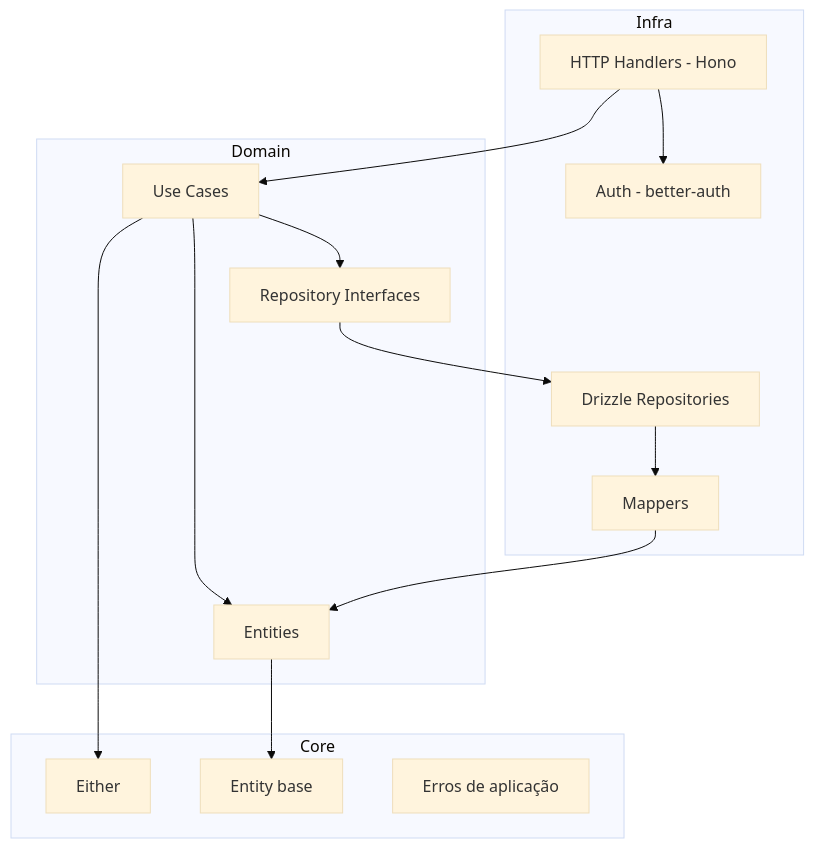
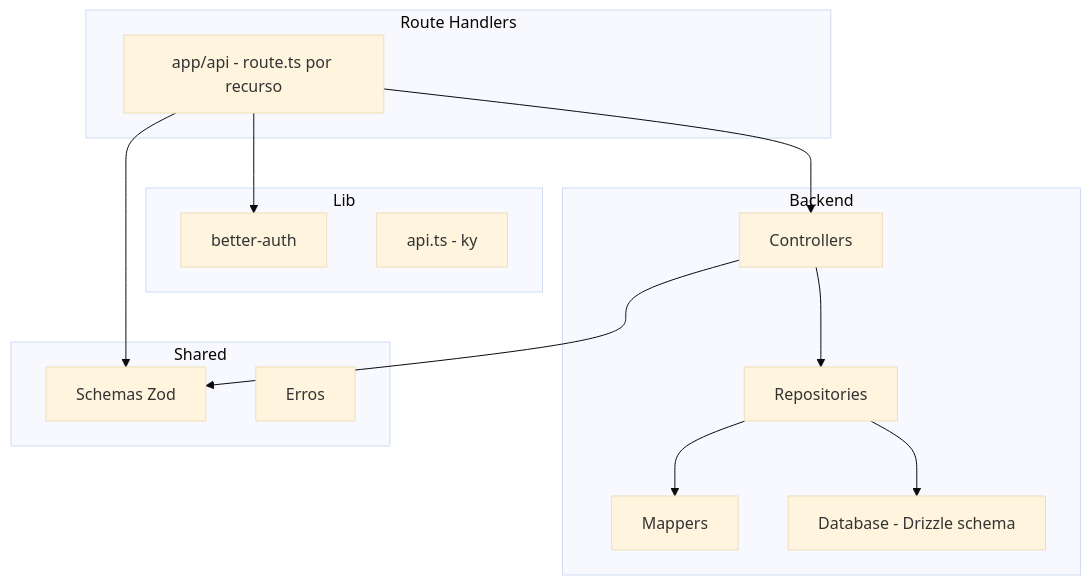
One commit to pedroaba/financial changed the third of 4 diagrams in README.md. Above: the diagram before and after it, drawn with Mermaid (base theme). The commit also changed other lines of this file, not shown here.

````diff
--- a/README.md
+++ b/README.md
@@ -155,29 +167,28 @@
 ```mermaid
 flowchart TB
-  subgraph infra [Infra]
-    HttpHandlers[HTTP Handlers - Hono]
-    DrizzleRepos[Drizzle Repositories]
+  subgraph routes [Route Handlers]
+    AppApi[app/api - route.ts por recurso]
+  end
+  subgraph lib [Lib]
+    Auth[better-auth]
+    ApiClient[api.ts - ky]
+  end
+  subgraph backend [Backend]
+    Controllers[Controllers]
+    Repos[Repositories]
     Mappers[Mappers]
-    Auth[Auth - better-auth]
+    DbSchema[Database - Drizzle schema]
   end
-  subgraph domain [Domain]
-    Entities[Entities]
-    UseCases[Use Cases]
-    RepoInterfaces[Repository Interfaces]
-  end
-  subgraph core [Core]
-    Either[Either]
-    EntityBase[Entity base]
-    Errors[Erros de aplicação]
+  subgraph shared [Shared]
+    Schemas[Schemas Zod]
+    Errors[Erros]
   end
 
-  HttpHandlers --> UseCases
-  HttpHandlers --> Auth
-  UseCases --> RepoInterfaces
-  UseCases --> Either
-  UseCases --> Entities
-  Entities --> EntityBase
-  RepoInterfaces --> DrizzleRepos
-  DrizzleRepos --> Mappers
-  Mappers --> Entities
+  AppApi --> Auth
+  AppApi --> Controllers
+  Controllers --> Repos
+  Repos --> DbSchema
+  Repos --> Mappers
+  AppApi --> Schemas
+  Controllers --> Schemas
 ```
````
